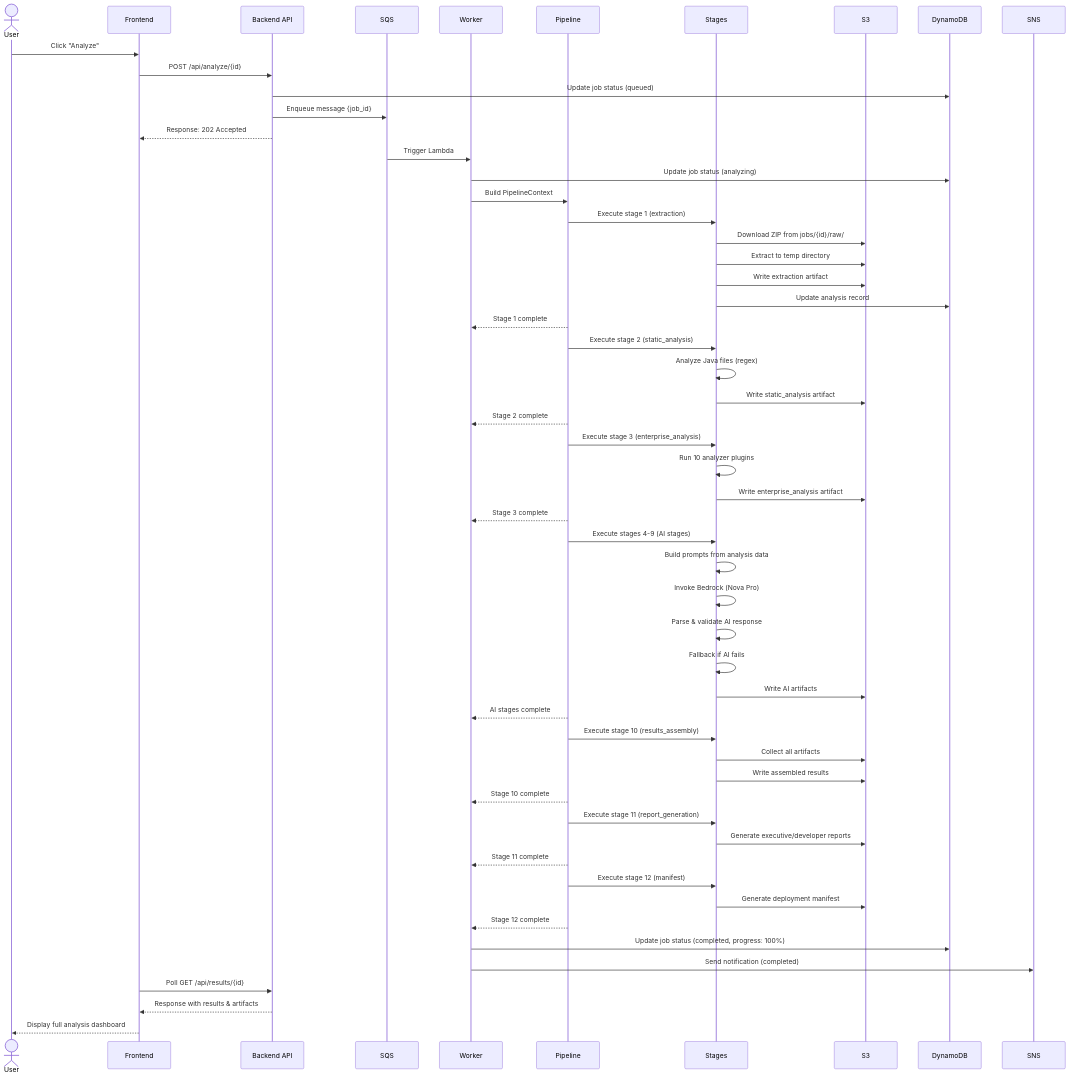
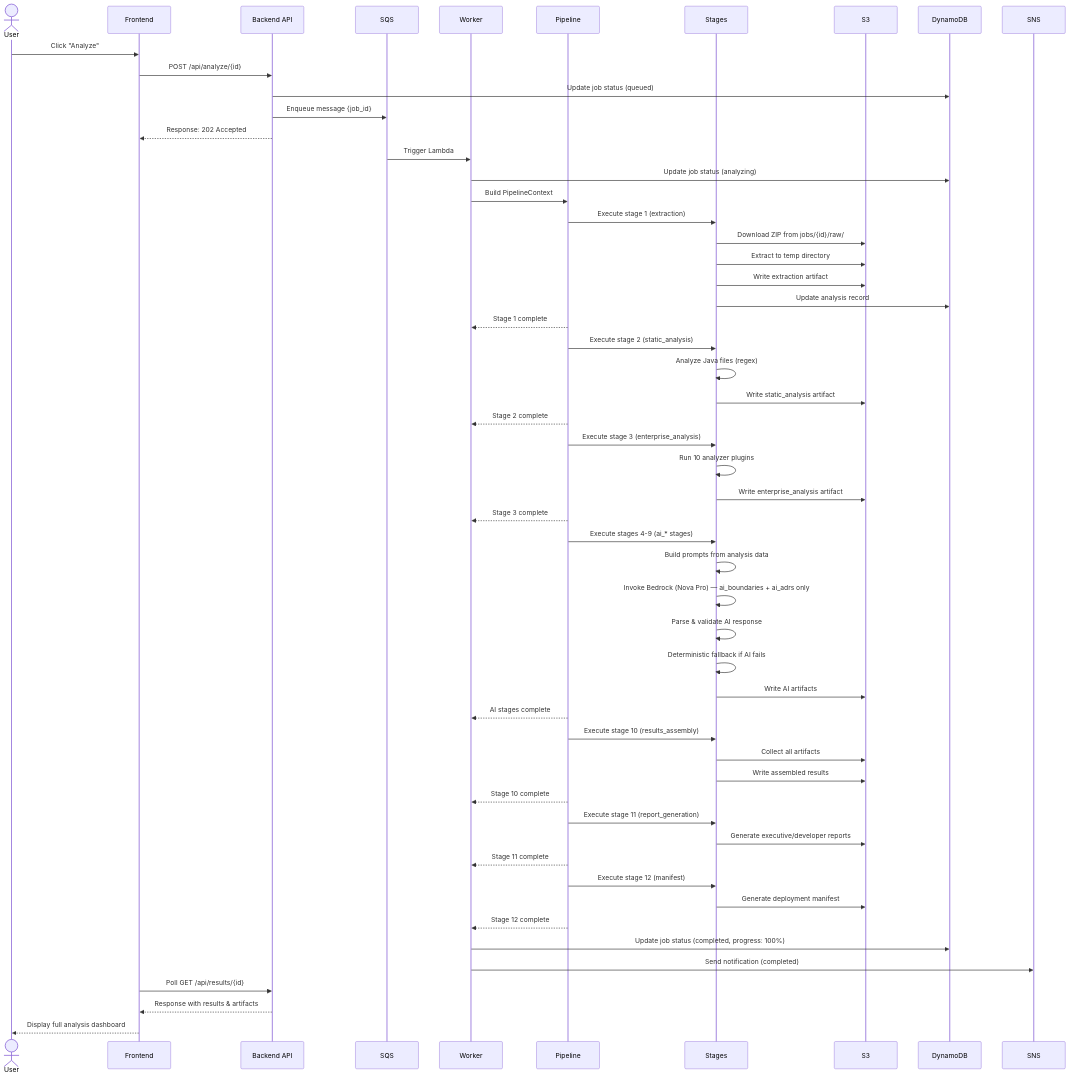
One commit to ranjay24/Enterprise_Modernization_Intelligent_Platform changed the second of 4 diagrams in docs/design/workflow.md. Above: the diagram before and after it, drawn with Mermaid. The commit also changed 2543 other files, not shown here.

````diff
--- a/docs/design/workflow.md
+++ b/docs/design/workflow.md
@@ -25,66 +25,66 @@
 ```mermaid
 sequenceDiagram
     actor User
     participant Frontend
     participant API as Backend API
     participant SQS
     participant Worker
     participant Pipeline
     participant Stages
     participant S3
     participant DB as DynamoDB
 
     User->>Frontend: Click "Analyze"
     Frontend->>API: POST /api/analyze/{id}
     API->>DB: Update job status (queued)
     API->>SQS: Enqueue message {job_id}
     API-->>Frontend: Response: 202 Accepted
 
     SQS->>Worker: Trigger Lambda
     Worker->>DB: Update job status (analyzing)
     Worker->>Pipeline: Build PipelineContext
     Pipeline->>Stages: Execute stage 1 (extraction)
     Stages->>S3: Download ZIP from jobs/{id}/raw/
     Stages->>S3: Extract to temp directory
     Stages->>S3: Write extraction artifact
     Stages->>DB: Update analysis record
     Pipeline-->>Worker: Stage 1 complete
 
     Pipeline->>Stages: Execute stage 2 (static_analysis)
     Stages->>Stages: Analyze Java files (regex)
     Stages->>S3: Write static_analysis artifact
     Pipeline-->>Worker: Stage 2 complete
 
     Pipeline->>Stages: Execute stage 3 (enterprise_analysis)
     Stages->>Stages: Run 10 analyzer plugins
     Stages->>S3: Write enterprise_analysis artifact
     Pipeline-->>Worker: Stage 3 complete
 
-    Pipeline->>Stages: Execute stages 4-9 (AI stages)
+    Pipeline->>Stages: Execute stages 4-9 (ai_* stages)
     Stages->>Stages: Build prompts from analysis data
-    Stages->>Stages: Invoke Bedrock (Nova Pro)
+    Stages->>Stages: Invoke Bedrock (Nova Pro) — ai_boundaries + ai_adrs only
     Stages->>Stages: Parse & validate AI response
-    Stages->>Stages: Fallback if AI fails
+    Stages->>Stages: Deterministic fallback if AI fails
     Stages->>S3: Write AI artifacts
     Pipeline-->>Worker: AI stages complete
 
     Pipeline->>Stages: Execute stage 10 (results_assembly)
     Stages->>S3: Collect all artifacts
     Stages->>S3: Write assembled results
     Pipeline-->>Worker: Stage 10 complete
 
     Pipeline->>Stages: Execute stage 11 (report_generation)
     Stages->>S3: Generate executive/developer reports
     Pipeline-->>Worker: Stage 11 complete
 
     Pipeline->>Stages: Execute stage 12 (manifest)
     Stages->>S3: Generate deployment manifest
     Pipeline-->>Worker: Stage 12 complete
 
     Worker->>DB: Update job status (completed, progress: 100%)
     Worker->>SNS: Send notification (completed)
 
     Frontend->>API: Poll GET /api/results/{id}
     API-->>Frontend: Response with results & artifacts
     Frontend-->>User: Display full analysis dashboard
 ```
````
